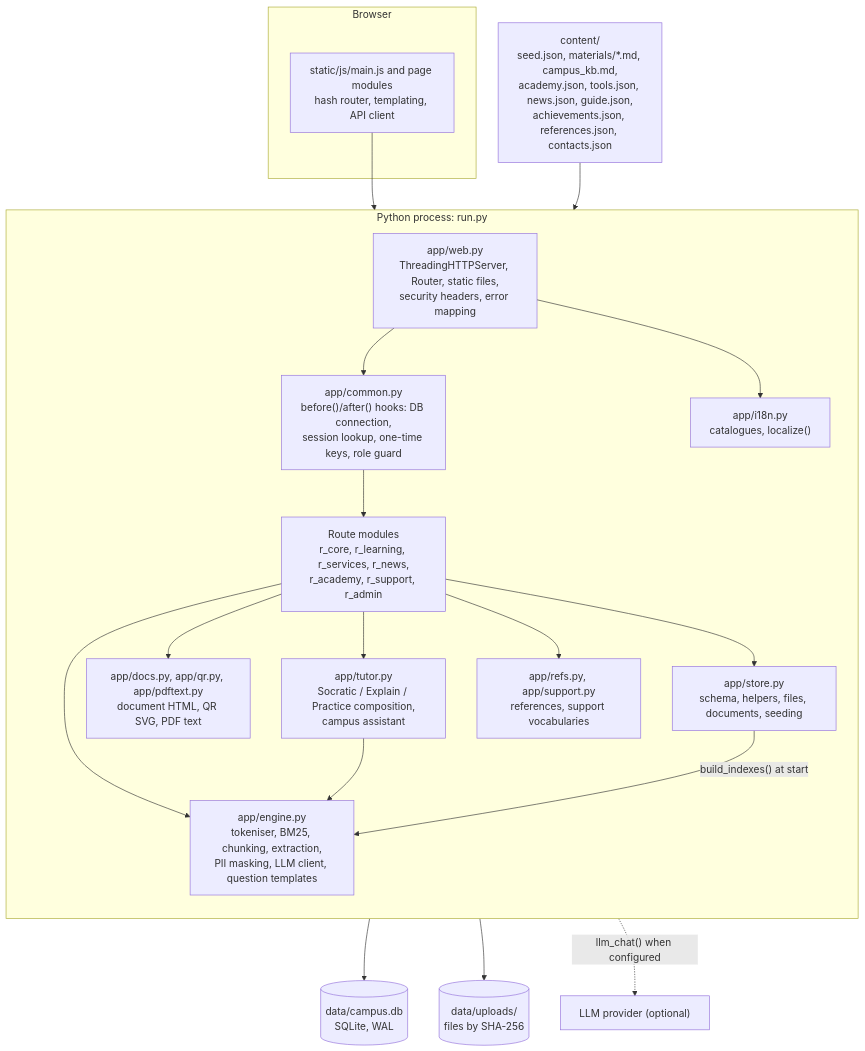
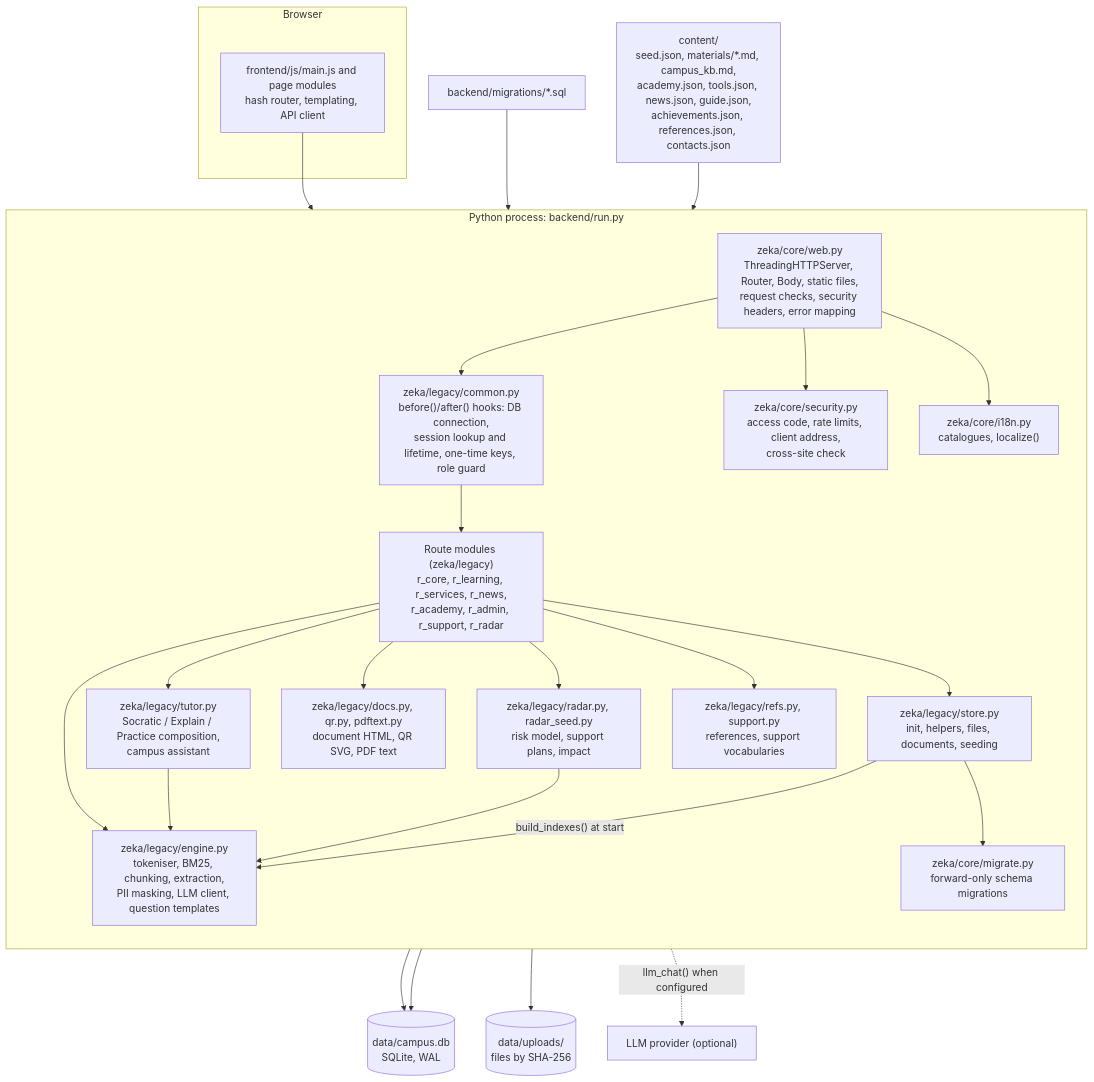
The first of 4 diagrams in docs/ARCHITECTURE.md (MrHerc/AzTU-Zeka), drawn with Mermaid before and after one commit. The commit also changed other lines of this file and 9 other files, not shown here.

````diff
--- a/docs/ARCHITECTURE.md
+++ b/docs/ARCHITECTURE.md
@@ -29,35 +30,43 @@
 ```mermaid
 flowchart TB
   subgraph Browser
-    SPA["static/js/main.js and page modules<br/>hash router, templating, API client"]
+    SPA["frontend/js/main.js and page modules<br/>hash router, templating, API client"]
   end
-  subgraph Process["Python process: run.py"]
+  subgraph Process["Python process: backend/run.py"]
     direction TB
-    WEB["app/web.py<br/>ThreadingHTTPServer, Router, static files,<br/>security headers, error mapping"]
-    COMMON["app/common.py<br/>before()/after() hooks: DB connection,<br/>session lookup, one-time keys, role guard"]
-    R["Route modules<br/>r_core, r_learning, r_services, r_news,<br/>r_academy, r_support, r_admin"]
-    ENGINE["app/engine.py<br/>tokeniser, BM25, chunking, extraction,<br/>PII masking, LLM client, question templates"]
-    TUTOR["app/tutor.py<br/>Socratic / Explain / Practice composition,<br/>campus assistant"]
-    DOCS["app/docs.py, app/qr.py, app/pdftext.py<br/>document HTML, QR SVG, PDF text"]
-    I18N["app/i18n.py<br/>catalogues, localize()"]
-    STORE["app/store.py<br/>schema, helpers, files, documents, seeding"]
-    REFS["app/refs.py, app/support.py<br/>references, support vocabularies"]
+    WEB["zeka/core/web.py<br/>ThreadingHTTPServer, Router, Body, static files,<br/>request checks, security headers, error mapping"]
+    SEC["zeka/core/security.py<br/>access code, rate limits, client address,<br/>cross-site check"]
+    COMMON["zeka/legacy/common.py<br/>before()/after() hooks: DB connection,<br/>session lookup and lifetime, one-time keys, role guard"]
+    R["Route modules (zeka/legacy)<br/>r_core, r_learning, r_services, r_news,<br/>r_academy, r_admin, r_support, r_radar"]
+    ENGINE["zeka/legacy/engine.py<br/>tokeniser, BM25, chunking, extraction,<br/>PII masking, LLM client, question templates"]
+    TUTOR["zeka/legacy/tutor.py<br/>Socratic / Explain / Practice composition,<br/>campus assistant"]
+    RADAR["zeka/legacy/radar.py, radar_seed.py<br/>risk model, support plans, impact"]
+    DOCS["zeka/legacy/docs.py, qr.py, pdftext.py<br/>document HTML, QR SVG, PDF text"]
+    I18N["zeka/core/i18n.py<br/>catalogues, localize()"]
+    STORE["zeka/legacy/store.py<br/>init, helpers, files, documents, seeding"]
+    MIG["zeka/core/migrate.py<br/>forward-only schema migrations"]
+    REFS["zeka/legacy/refs.py, support.py<br/>references, support vocabularies"]
   end
+  SQL["backend/migrations/*.sql"]
   DB[("data/campus.db<br/>SQLite, WAL")]
   UP[("data/uploads/<br/>files by SHA-256")]
   CONTENT["content/<br/>seed.json, materials/*.md, campus_kb.md,<br/>academy.json, tools.json, news.json, guide.json,<br/>achievements.json, references.json, contacts.json"]
   LLM["LLM provider (optional)"]
 
   SPA --> WEB --> COMMON --> R
+  WEB --> SEC
   R --> ENGINE
   R --> TUTOR --> ENGINE
+  R --> RADAR --> ENGINE
   R --> DOCS
   R --> STORE
   R --> REFS
   WEB --> I18N
+  STORE --> MIG
+  SQL --> MIG --> DB
   STORE --> DB
   STORE --> UP
   CONTENT --> STORE
   STORE -- "build_indexes() at start" --> ENGINE
   ENGINE -. "llm_chat() when configured" .-> LLM
 ```
````
